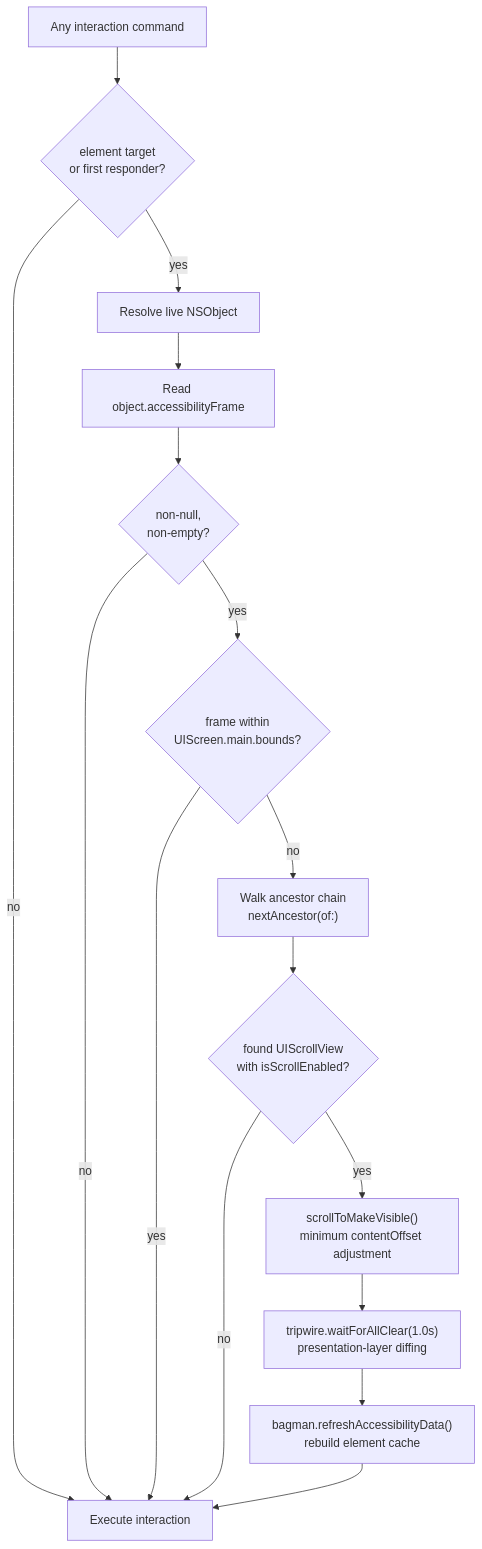
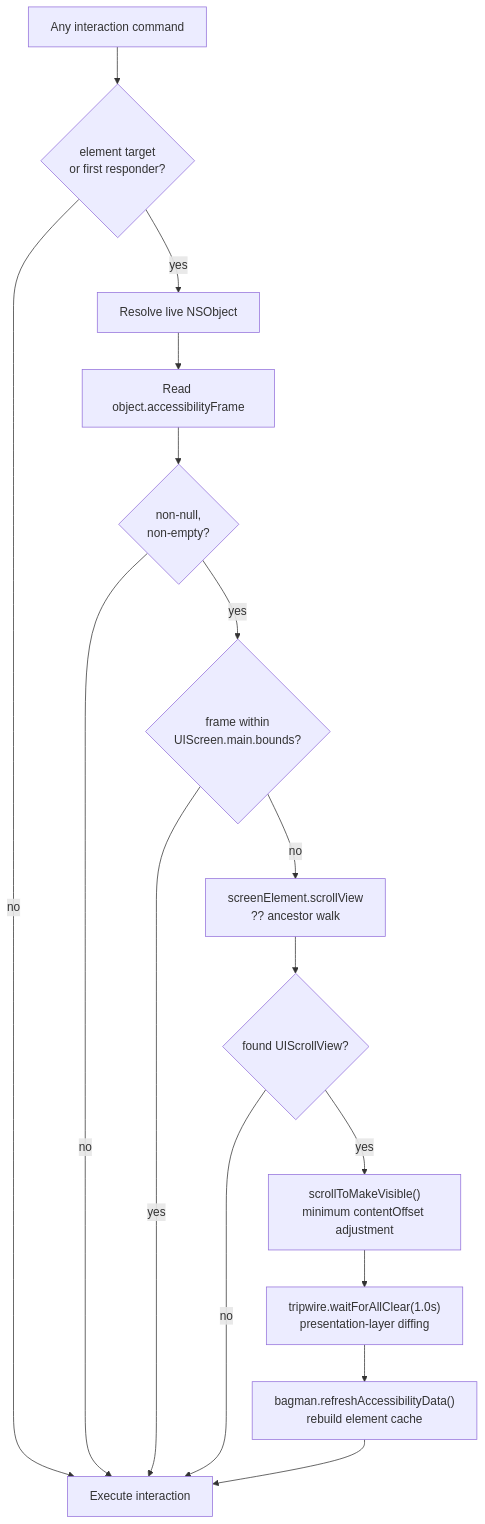
One commit to RoyalPineapple/TheButtonHeist changed the first of 2 diagrams in docs/dossiers/04a-SCROLLING.md. Above: the diagram before and after it, drawn with Mermaid. The commit also changed other lines of this file and 27 other files, not shown here.

````diff
--- a/docs/dossiers/04a-SCROLLING.md
+++ b/docs/dossiers/04a-SCROLLING.md
@@ -35,21 +66,21 @@
 ```mermaid
 flowchart TD
     Cmd["Any interaction command"]
     Cmd --> HasTarget{element target<br/>or first responder?}
     HasTarget -->|no| Execute["Execute interaction"]
     HasTarget -->|yes| Resolve["Resolve live NSObject"]
 
     Resolve --> Frame["Read object.accessibilityFrame"]
     Frame --> Valid{non-null,<br/>non-empty?}
     Valid -->|no| Execute
     Valid -->|yes| OnScreen{frame within<br/>UIScreen.main.bounds?}
     OnScreen -->|yes| Execute
 
-    OnScreen -->|no| Walk["Walk ancestor chain<br/>nextAncestor(of:)"]
-    Walk --> ScrollView{found UIScrollView<br/>with isScrollEnabled?}
+    OnScreen -->|no| Walk["screenElement.scrollView<br/>?? ancestor walk"]
+    Walk --> ScrollView{found UIScrollView?}
     ScrollView -->|no| Execute
     ScrollView -->|yes| Scroll["scrollToMakeVisible()<br/>minimum contentOffset adjustment"]
     Scroll --> Settle["tripwire.waitForAllClear(1.0s)<br/>presentation-layer diffing"]
     Settle --> Refresh["bagman.refreshAccessibilityData()<br/>rebuild element cache"]
     Refresh --> Execute
 ```
````
